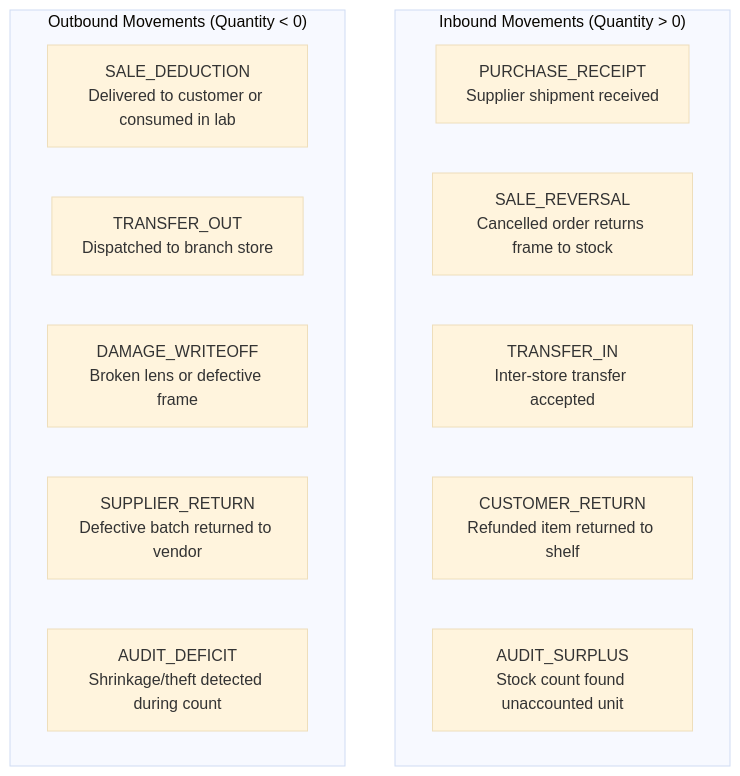
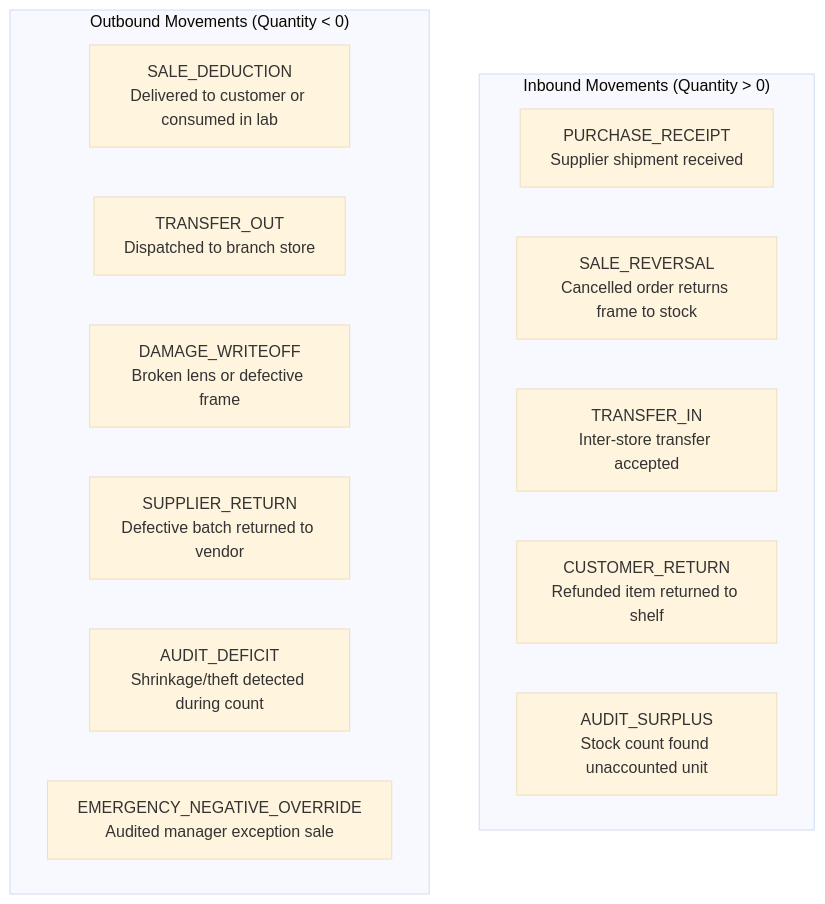
One commit to creativeshabab/superopticalV2 changed the first of 2 diagrams in docs/domain/inventory.md. Above: the diagram before and after it, drawn with Mermaid (base theme). The commit also changed other lines of this file and 12 other files, not shown here.

````diff
--- a/docs/domain/inventory.md
+++ b/docs/domain/inventory.md
@@ -37,18 +38,19 @@
 ```mermaid
 graph TD
     subgraph Inbound["Inbound Movements (Quantity > 0)"]
         M1["PURCHASE_RECEIPT<br/>Supplier shipment received"]
         M2["SALE_REVERSAL<br/>Cancelled order returns frame to stock"]
         M3["TRANSFER_IN<br/>Inter-store transfer accepted"]
         M4["CUSTOMER_RETURN<br/>Refunded item returned to shelf"]
         M5["AUDIT_SURPLUS<br/>Stock count found unaccounted unit"]
     end
 
     subgraph Outbound["Outbound Movements (Quantity < 0)"]
         M6["SALE_DEDUCTION<br/>Delivered to customer or consumed in lab"]
         M7["TRANSFER_OUT<br/>Dispatched to branch store"]
         M8["DAMAGE_WRITEOFF<br/>Broken lens or defective frame"]
         M9["SUPPLIER_RETURN<br/>Defective batch returned to vendor"]
         M10["AUDIT_DEFICIT<br/>Shrinkage/theft detected during count"]
+        M11["EMERGENCY_NEGATIVE_OVERRIDE<br/>Audited manager exception sale"]
     end
 ```
````
